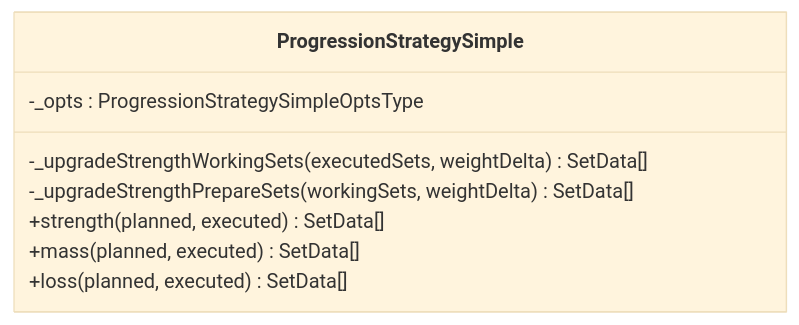
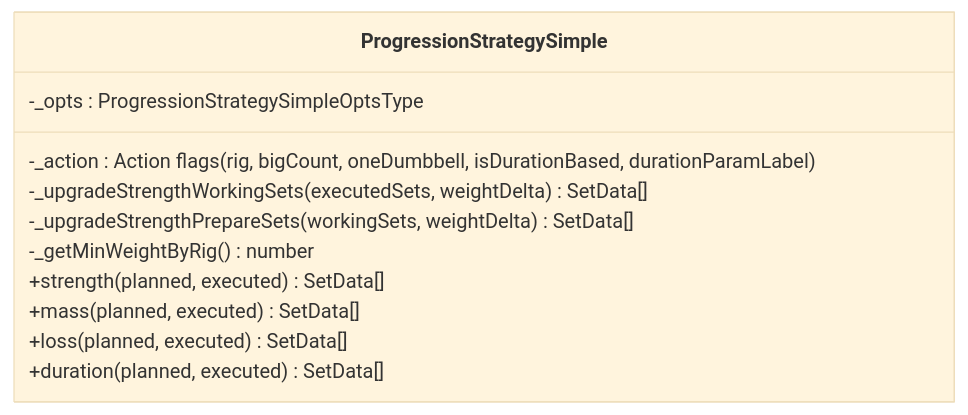
Before and after one commit to Dezzpil/meingym: the fifth of 12 diagrams in .qoder/repowiki/en/content/Core Business Logic/Core Business Logic.md, drawn with Mermaid (base theme). The commit also changed other lines of this file and 12 other files, not shown here.

````diff
--- a/.qoder/repowiki/en/content/Core Business Logic/Core Business Logic.md
+++ b/.qoder/repowiki/en/content/Core Business Logic/Core Business Logic.md
@@ -316,11 +411,14 @@
 ```mermaid
 classDiagram
 class ProgressionStrategySimple {
+-_action : Action flags (rig, bigCount, oneDumbbell, isDurationBased, durationParamLabel)
 -_opts : ProgressionStrategySimpleOptsType
 -_upgradeStrengthWorkingSets(executedSets, weightDelta) SetData[]
 -_upgradeStrengthPrepareSets(workingSets, weightDelta) SetData[]
+-_getMinWeightByRig() number
 +strength(planned, executed) SetData[]
 +mass(planned, executed) SetData[]
 +loss(planned, executed) SetData[]
++duration(planned, executed) SetData[]
 }
 ```
````
